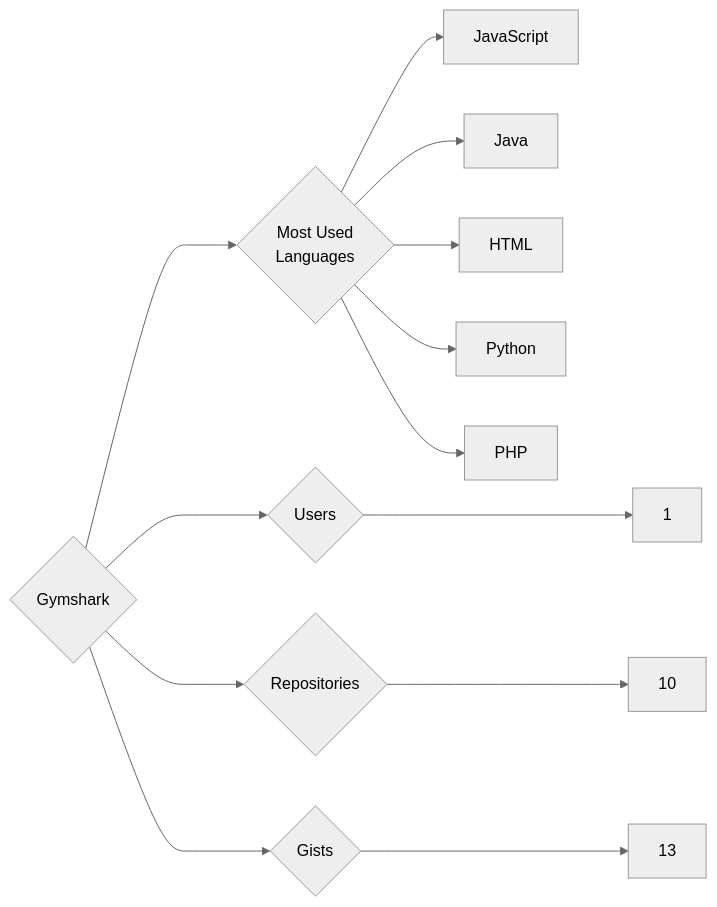
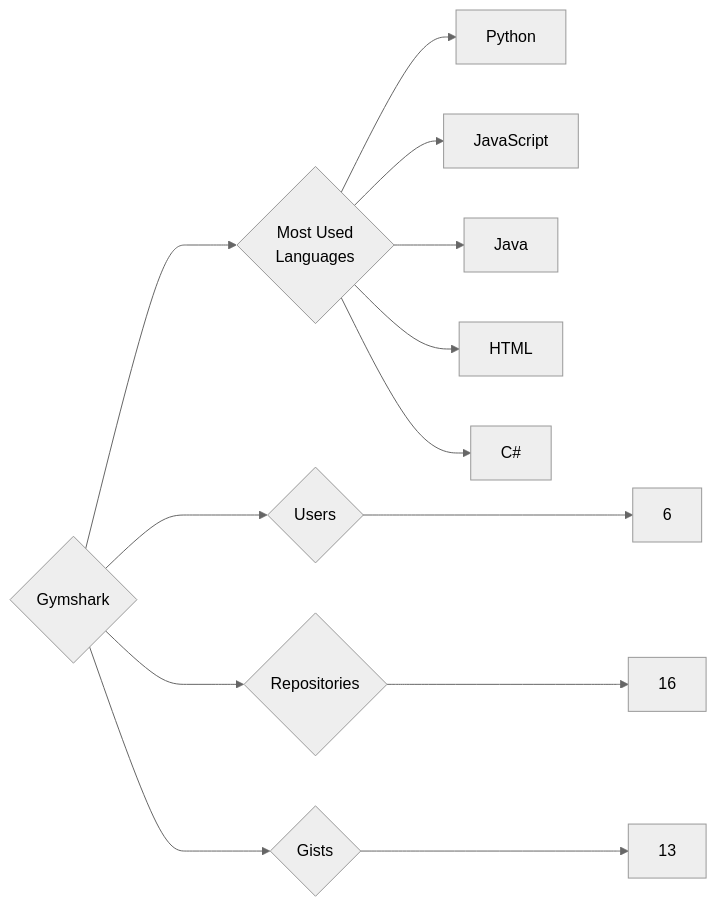
One commit to trickest/insiders changed the diagram in targets/Gymshark/README.md. Above: the diagram before and after it, drawn with Mermaid (neutral theme). The commit also changed 938 other files, not shown here.

````diff
--- a/targets/Gymshark/README.md
+++ b/targets/Gymshark/README.md
@@ -3,13 +3,13 @@
 ```mermaid
 graph LR
 COMPANY_NAME{Gymshark}
-COMPANY_NAME ---> U{Users} ---> UN[1]
-COMPANY_NAME ---> R{Repositories} ---> RN[10]
+COMPANY_NAME ---> U{Users} ---> UN[6]
+COMPANY_NAME ---> R{Repositories} ---> RN[16]
 COMPANY_NAME ---> G{Gists} ---> GN[13]
 COMPANY_NAME ---> ML{Most Used<br>Languages}
+ML --> Python[Python]
 ML --> JavaScript[JavaScript]
 ML --> Java[Java]
 ML --> HTML[HTML]
-ML --> Python[Python]
-ML --> PHP[PHP]
+ML --> C#[C#]
 ```
````
